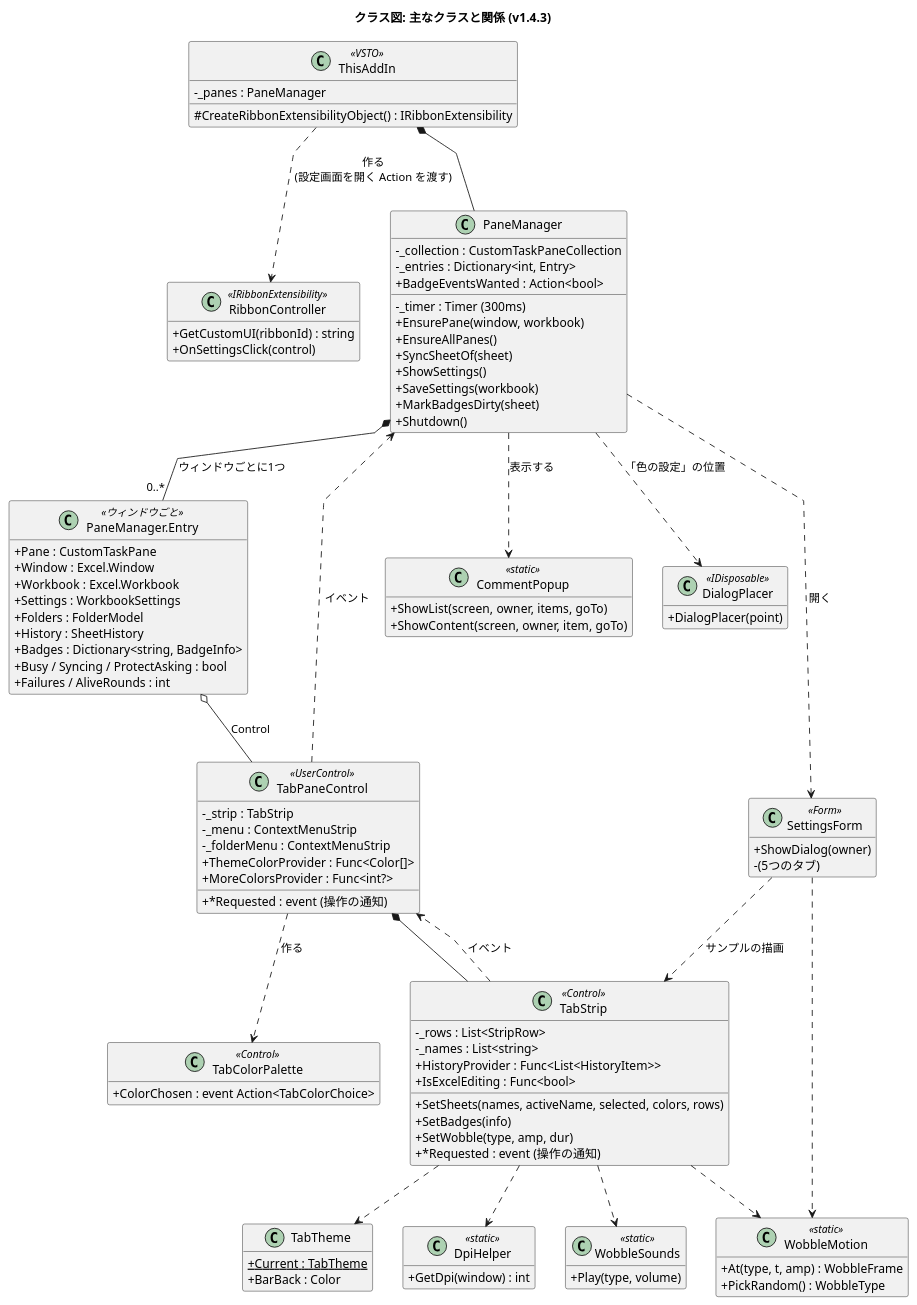
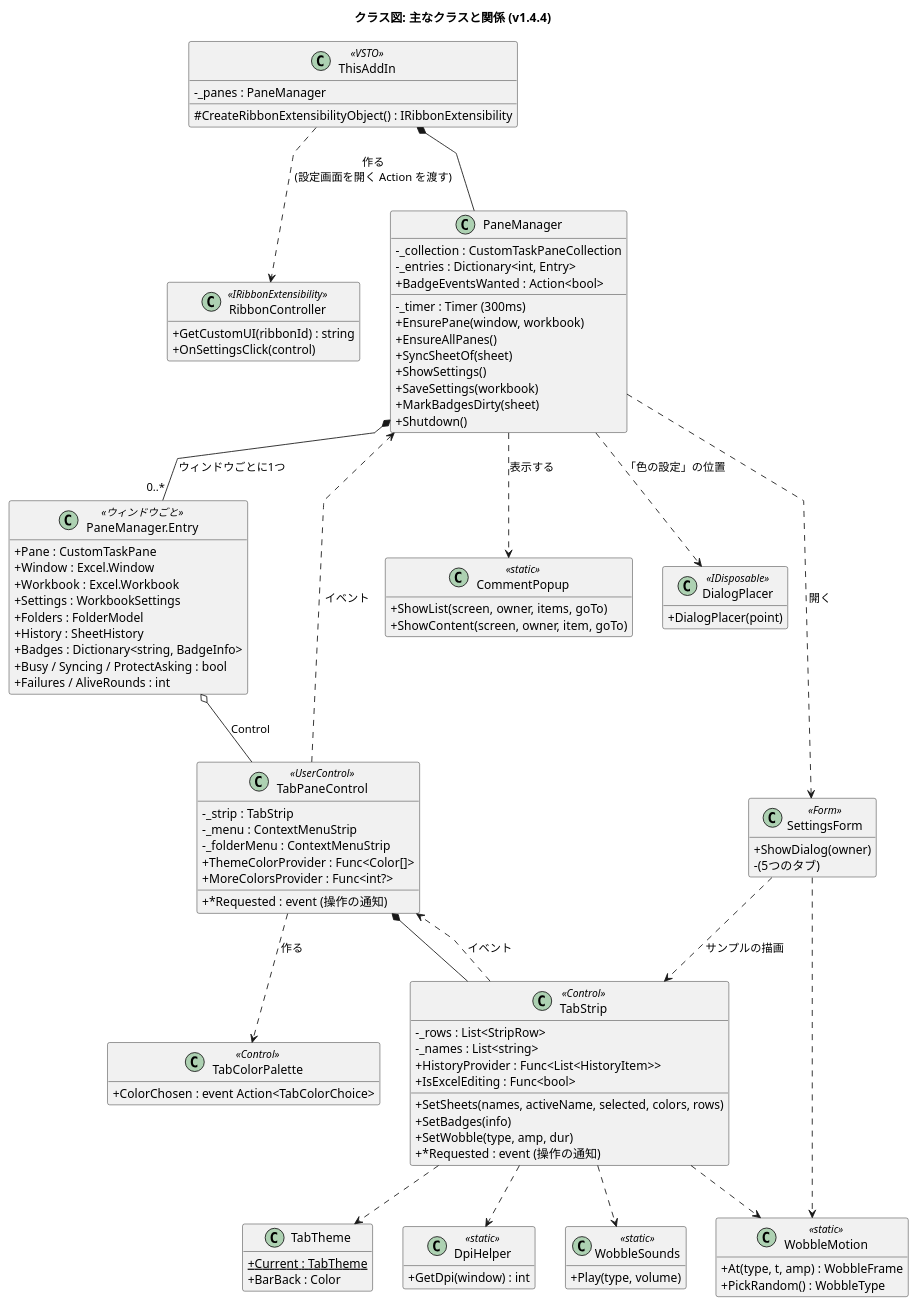
The diagram in docs/class-structure.puml (nk-taka623/VerticalSheetTabs), drawn with PlantUML before and after one commit. The commit also changed 14 other files, not shown here.

Commit message:
v1.4.4 にする (バージョン、README の変更点、設計図の版数)

```diff
--- a/docs/class-structure.puml
+++ b/docs/class-structure.puml
@@ -1,117 +1,117 @@
 @startuml
-title クラス図: 主なクラスと関係 (v1.4.3)
+title クラス図: 主なクラスと関係 (v1.4.4)
 skinparam shadowing false
 skinparam classAttributeIconSize 0
 skinparam linetype polyline
 hide empty members
 
 class ThisAddIn <<VSTO>> {
   -_panes : PaneManager
   #CreateRibbonExtensibilityObject() : IRibbonExtensibility
 }
 
 class RibbonController <<IRibbonExtensibility>> {
   +GetCustomUI(ribbonId) : string
   +OnSettingsClick(control)
 }
 
 class PaneManager {
   -_collection : CustomTaskPaneCollection
   -_entries : Dictionary<int, Entry>
   -_timer : Timer (300ms)
   +BadgeEventsWanted : Action<bool>
   +EnsurePane(window, workbook)
   +EnsureAllPanes()
   +SyncSheetOf(sheet)
   +ShowSettings()
   +SaveSettings(workbook)
   +MarkBadgesDirty(sheet)
   +Shutdown()
 }
 
 class "PaneManager.Entry" as Entry <<ウィンドウごと>> {
   +Pane : CustomTaskPane
   +Window : Excel.Window
   +Workbook : Excel.Workbook
   +Settings : WorkbookSettings
   +Folders : FolderModel
   +History : SheetHistory
   +Badges : Dictionary<string, BadgeInfo>
   +Busy / Syncing / ProtectAsking : bool
   +Failures / AliveRounds : int
 }
 
 class TabPaneControl <<UserControl>> {
   -_strip : TabStrip
   -_menu : ContextMenuStrip
   -_folderMenu : ContextMenuStrip
   +ThemeColorProvider : Func<Color[]>
   +MoreColorsProvider : Func<int?>
   +*Requested : event (操作の通知)
 }
 
 class TabStrip <<Control>> {
   -_rows : List<StripRow>
   -_names : List<string>
   +SetSheets(names, activeName, selected, colors, rows)
   +SetBadges(info)
   +SetWobble(type, amp, dur)
   +*Requested : event (操作の通知)
   +HistoryProvider : Func<List<HistoryItem>>
   +IsExcelEditing : Func<bool>
 }
 
 class TabColorPalette <<Control>> {
   +ColorChosen : event Action<TabColorChoice>
 }
 
 class SettingsForm <<Form>> {
   +ShowDialog(owner)
   -(5つのタブ)
 }
 
 class CommentPopup <<static>> {
   +ShowList(screen, owner, items, goTo)
   +ShowContent(screen, owner, item, goTo)
 }
 
 class DialogPlacer <<IDisposable>> {
   +DialogPlacer(point)
 }
 
 class TabTheme {
   +Current : TabTheme {static}
   +BarBack : Color
 }
 
 class DpiHelper <<static>> {
   +GetDpi(window) : int
 }
 
 class WobbleMotion <<static>> {
   +At(type, t, amp) : WobbleFrame
   +PickRandom() : WobbleType
 }
 
 class WobbleSounds <<static>> {
   +Play(type, volume)
 }
 
 ThisAddIn *-- PaneManager
 ThisAddIn ..> RibbonController : 作る\n(設定画面を開く Action を渡す)
 PaneManager *-- "0..*" Entry : ウィンドウごとに1つ
 Entry o-- TabPaneControl : Control
 TabPaneControl *-- TabStrip
 TabPaneControl ..> TabColorPalette : 作る
 TabStrip ..> TabPaneControl : イベント
 TabPaneControl ..> PaneManager : イベント
 PaneManager ..> SettingsForm : 開く
 PaneManager ..> CommentPopup : 表示する
 PaneManager ..> DialogPlacer : 「色の設定」の位置
 SettingsForm ..> TabStrip : サンプルの描画
 TabStrip ..> TabTheme
 TabStrip ..> DpiHelper
 TabStrip ..> WobbleMotion
 TabStrip ..> WobbleSounds
 SettingsForm ..> WobbleMotion
 @enduml
```
